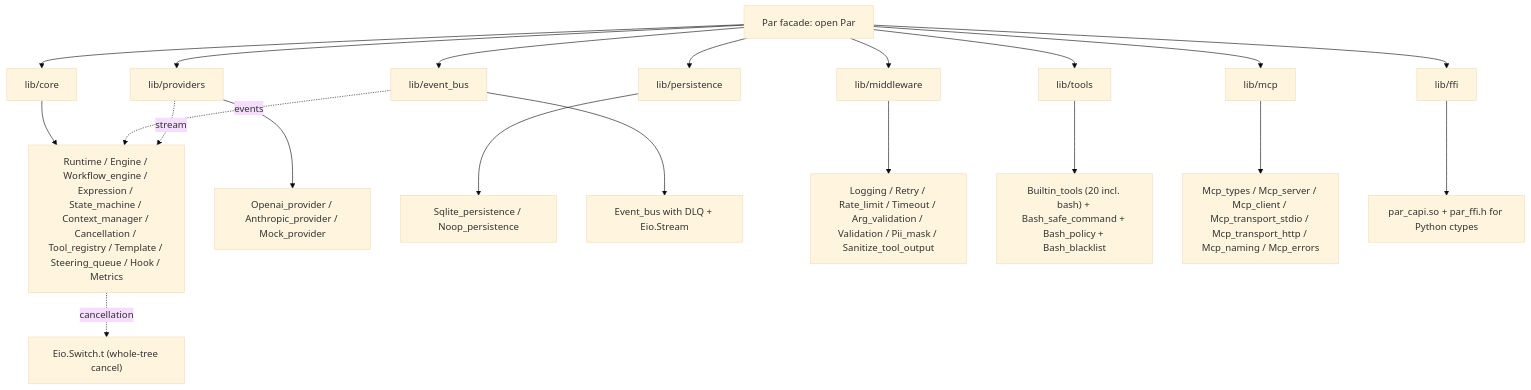
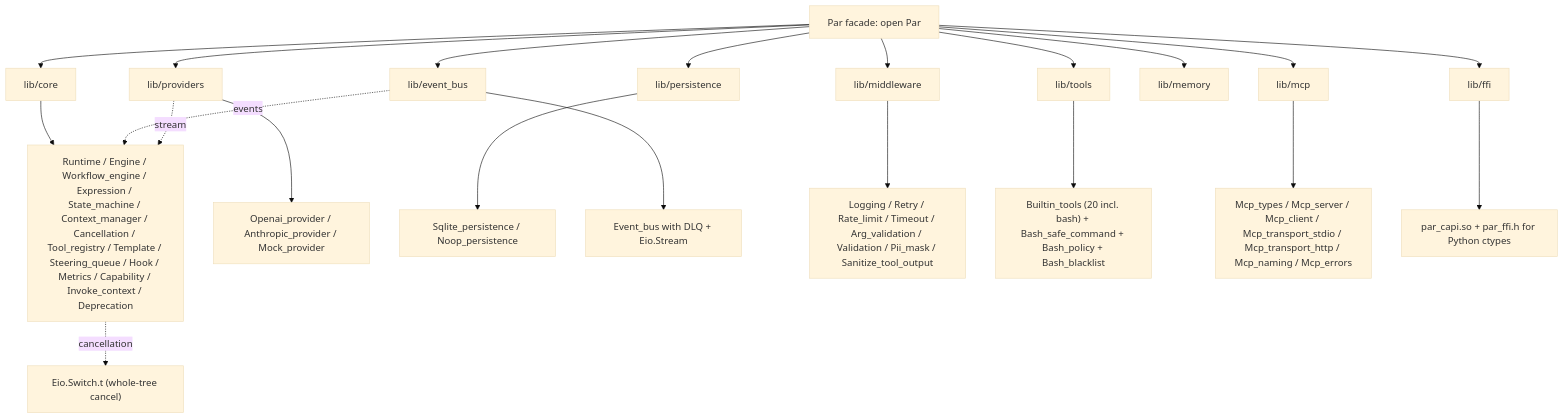
Before and after one commit to jcz2020/par: the diagram in docs/sdk/overview.md, drawn with Mermaid (base theme). The commit also changed other lines of this file and 2 other files, not shown here.

Commit message:
docs: zh/README v0.7.1-beta refresh + Windows capability docs (EN+ZH)

````diff
--- a/docs/sdk/overview.md
+++ b/docs/sdk/overview.md
@@ -25,23 +25,24 @@
 ```mermaid
 graph TD
   P["Par facade: open Par"]
   P --> CORE["lib/core"]
   P --> PROV["lib/providers"]
   P --> PERS["lib/persistence"]
   P --> EVB["lib/event_bus"]
   P --> MID["lib/middleware"]
   P --> TOOL["lib/tools"]
+  P --> MEM["lib/memory"]
   P --> MCP["lib/mcp"]
   P --> FFI["lib/ffi"]
-  CORE --> RT["Runtime / Engine / Workflow_engine / Expression / State_machine / Context_manager / Cancellation / Tool_registry / Template / Steering_queue / Hook / Metrics"]
+  CORE --> RT["Runtime / Engine / Workflow_engine / Expression / State_machine / Context_manager / Cancellation / Tool_registry / Template / Steering_queue / Hook / Metrics / Capability / Invoke_context / Deprecation"]
   PROV --> PROV_API["Openai_provider / Anthropic_provider / Mock_provider"]
   PERS --> PERS_API["Sqlite_persistence / Noop_persistence"]
   EVB --> EVB_API["Event_bus with DLQ + Eio.Stream"]
   MID --> MID_API["Logging / Retry / Rate_limit / Timeout / Arg_validation / Validation / Pii_mask / Sanitize_tool_output"]
   TOOL --> TOOL_API["Builtin_tools (20 incl. bash) + Bash_safe_command + Bash_policy + Bash_blacklist"]
   MCP --> MCP_API["Mcp_types / Mcp_server / Mcp_client / Mcp_transport_stdio / Mcp_transport_http / Mcp_naming / Mcp_errors"]
   FFI --> FFI_API["par_capi.so + par_ffi.h for Python ctypes"]
   RT -.cancellation.-> EIO["Eio.Switch.t (whole-tree cancel)"]
   EVB -.events.-> RT
   PROV -.stream.-> RT
 ```
````
